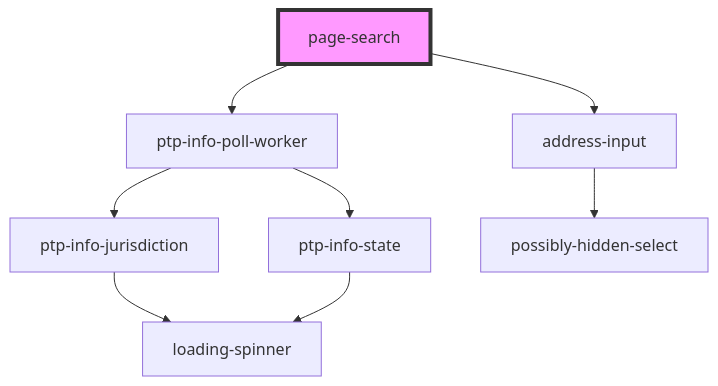
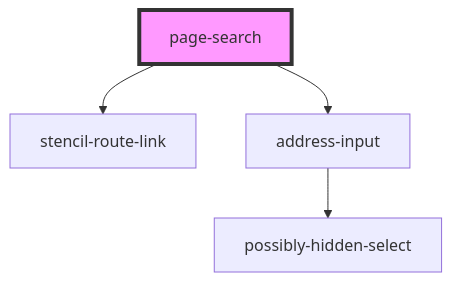
One commit to pizza-to-the-polls/power-the-polls changed the diagram in site/src/components/page-search/readme.md. Above: the diagram before and after it, drawn with Mermaid. The commit also changed other lines of this file and 5 other files, not shown here.

````diff
--- a/site/src/components/page-search/readme.md
+++ b/site/src/components/page-search/readme.md
@@ -16,11 +23,7 @@
 ```mermaid
 graph TD;
-  page-search --> ptp-info-poll-worker
+  page-search --> stencil-route-link
   page-search --> address-input
-  ptp-info-poll-worker --> ptp-info-jurisdiction
-  ptp-info-poll-worker --> ptp-info-state
-  ptp-info-jurisdiction --> loading-spinner
-  ptp-info-state --> loading-spinner
   address-input --> possibly-hidden-select
   style page-search fill:#f9f,stroke:#333,stroke-width:4px
 ```
````
